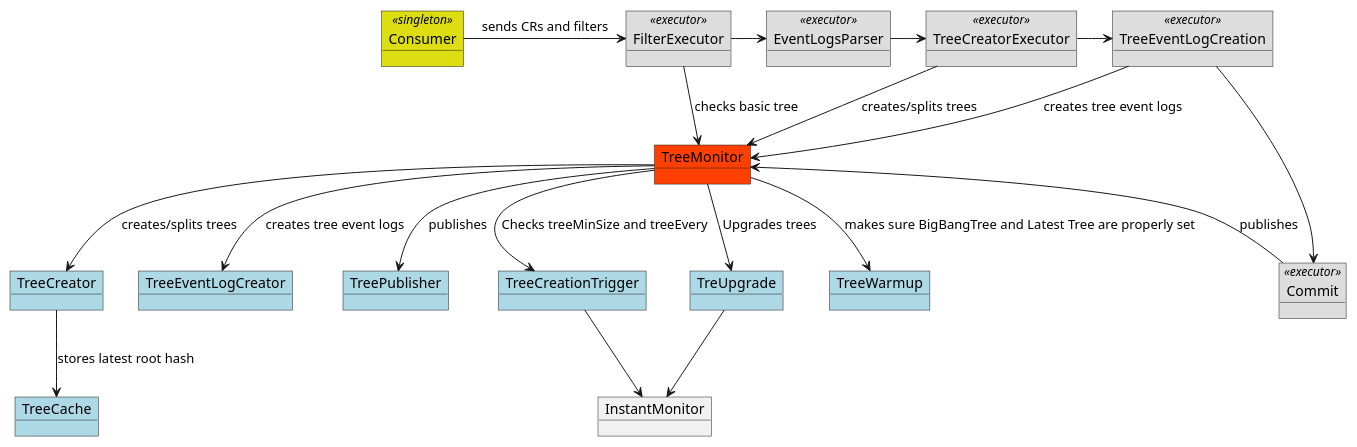
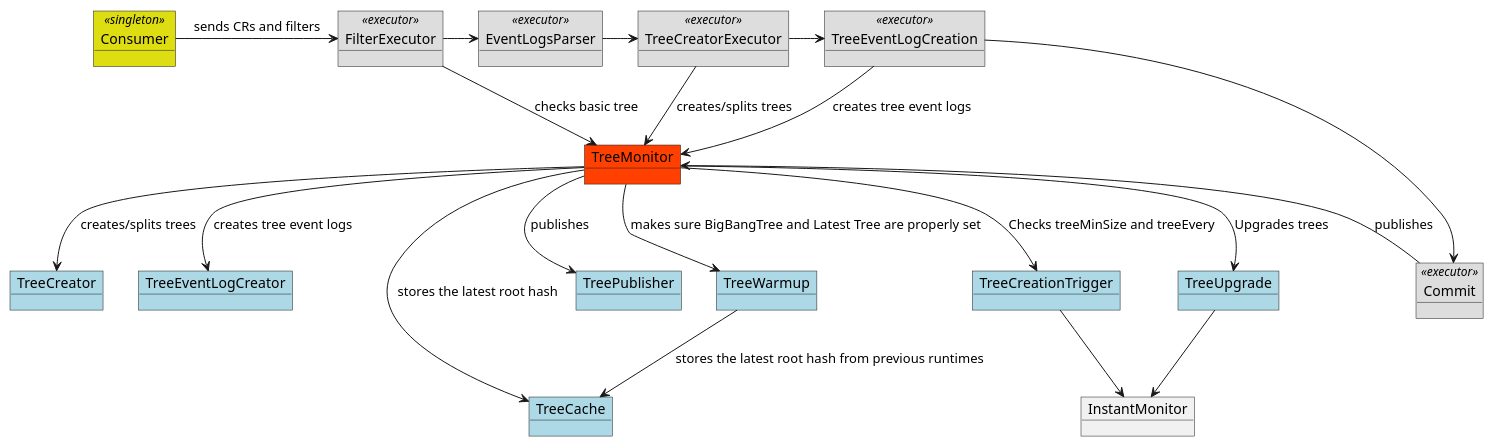
Before and after one commit to ubirch/ubirch-event-log: the diagram in event-log-chainer/src/main/scala/com/ubirch/chainer/services/tree_creation_workflow.puml, drawn with PlantUML. The commit also changed 2 other files, not shown here.

```diff
--- a/event-log-chainer/src/main/scala/com/ubirch/chainer/services/tree_creation_workflow.puml
+++ b/event-log-chainer/src/main/scala/com/ubirch/chainer/services/tree_creation_workflow.puml
@@ -1,41 +1,41 @@
 @startuml
 
 object Consumer <<singleton>> #DDDD11
 
 object TreeCreatorExecutor <<executor>> #DDDDDD
 object FilterExecutor <<executor>> #DDDDDD
 object EventLogsParser <<executor>> #DDDDDD
 object Commit <<executor>> #DDDDDD
 object TreeEventLogCreation <<executor>> #DDDDDD
 
-
 object TreeCreator #add8e6
 object TreeEventLogCreator #add8e6
 object TreeCache #add8e6
 object TreePublisher #add8e6
 object TreeCreationTrigger #add8e6
-object TreUpgrade #add8e6
+object TreeUpgrade #add8e6
 object TreeMonitor #ff4000
 object InstantMonitor
 object TreeWarmup #add8e6
 
 Consumer -> FilterExecutor : sends CRs and filters
 TreeMonitor <-- FilterExecutor: checks basic tree
 FilterExecutor -> EventLogsParser
 EventLogsParser -> TreeCreatorExecutor
-TreeCreator --> TreeCache: stores latest root hash
+TreeMonitor --> TreeCache: stores the latest root hash
 TreeCreatorExecutor --> TreeMonitor: creates/splits trees
 TreeCreatorExecutor -> TreeEventLogCreation
 TreeMonitor --> TreeCreator: creates/splits trees
 TreeEventLogCreation --> TreeMonitor: creates tree event logs
 TreeEventLogCreation -> Commit
 TreeMonitor <-- Commit: publishes
 TreeMonitor --> TreeWarmup: makes sure BigBangTree and Latest Tree are properly set
 TreeMonitor --> TreeEventLogCreator: creates tree event logs
 TreeMonitor --> TreePublisher : publishes
 TreeMonitor --> TreeCreationTrigger: Checks treeMinSize and treeEvery
-TreeMonitor --> TreUpgrade : Upgrades trees
-TreUpgrade -->  InstantMonitor
+TreeMonitor --> TreeUpgrade : Upgrades trees
+TreeUpgrade -->  InstantMonitor
 TreeCreationTrigger -->  InstantMonitor
+TreeWarmup --> TreeCache : stores the latest root hash from previous runtimes
 
 @enduml
```
